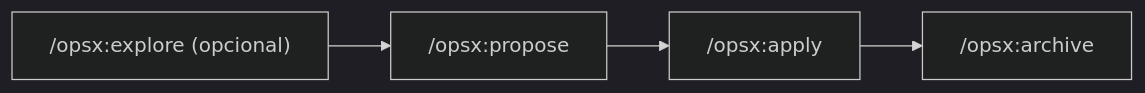
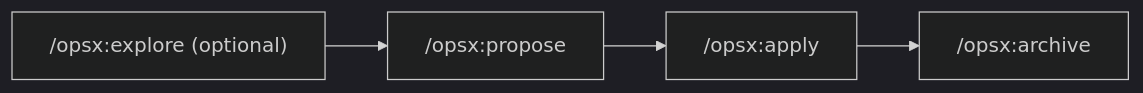
One commit to LuxionServer/ShogunAi changed the diagram in docs/process/openspec.md. Above: the diagram before and after it, drawn with Mermaid (dark theme). The commit also changed other lines of this file and 33 other files, not shown here.

````diff
--- a/docs/process/openspec.md
+++ b/docs/process/openspec.md
@@ -7,6 +7,6 @@
 ```mermaid
 graph LR
-    A["/opsx:explore (opcional)"] --> B["/opsx:propose"]
+    A["/opsx:explore (optional)"] --> B["/opsx:propose"]
     B --> C["/opsx:apply"]
     C --> D["/opsx:archive"]
 ```
````
